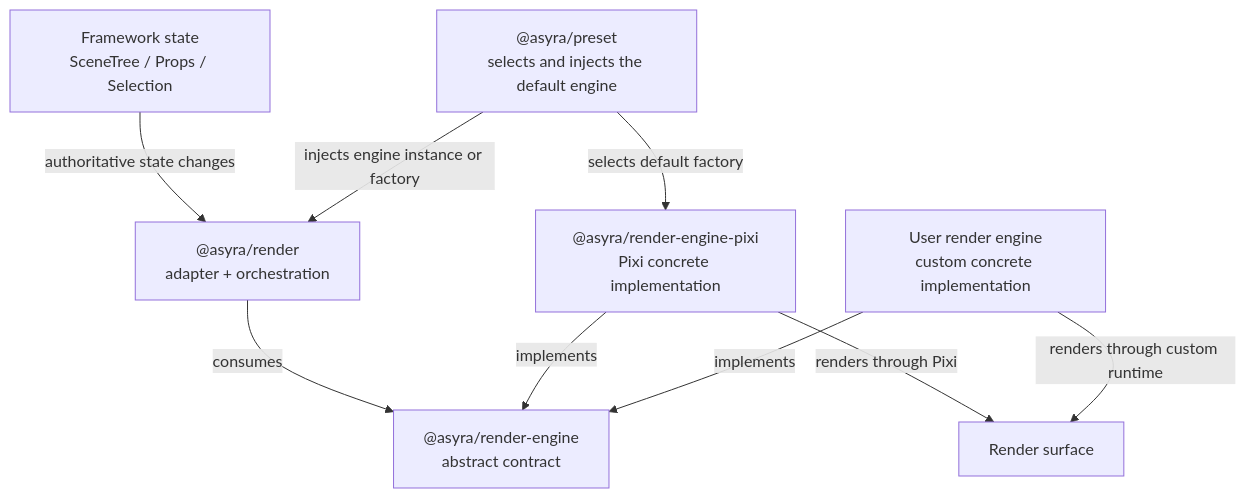
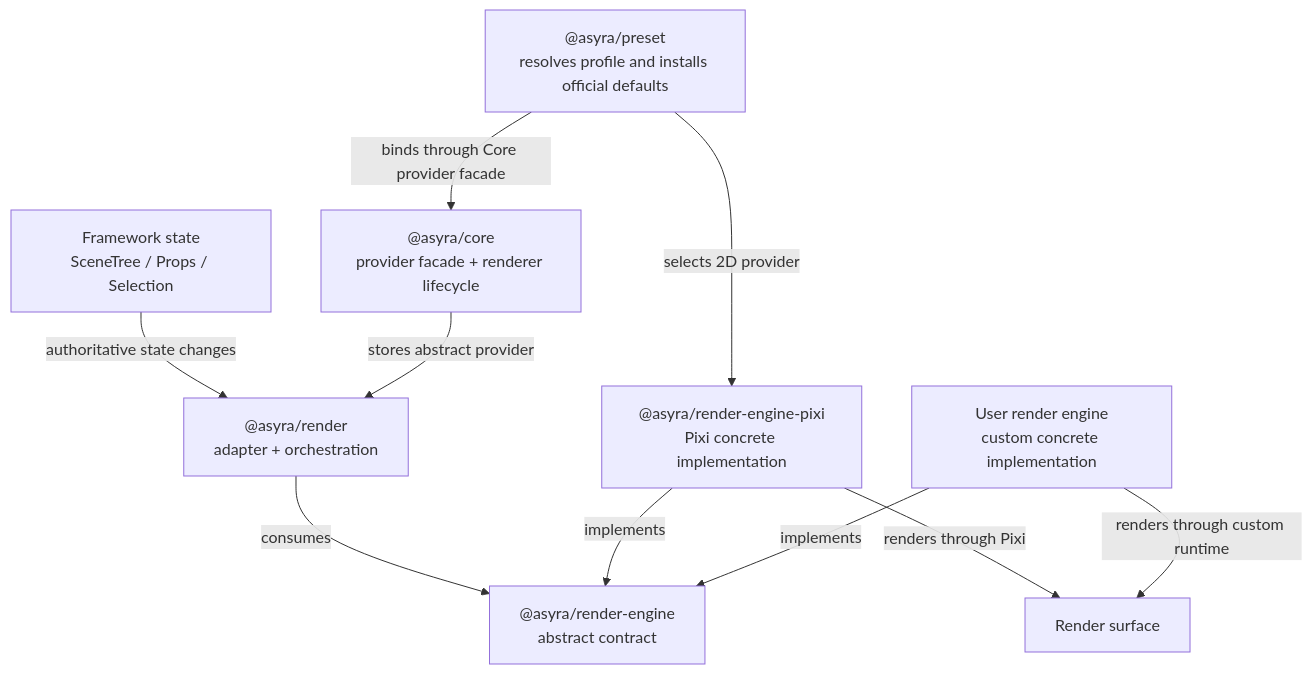
One commit to karote00/asra changed the diagram in docs/ai/framework/ARCHITECTURE.md. Above: the diagram before and after it, drawn with Mermaid. The commit also changed other lines of this file and 99 other files, not shown here.

First line of the commit message:
refactor(preset): add profiles and selectable defaults (#82)

````diff
--- a/docs/ai/framework/ARCHITECTURE.md
+++ b/docs/ai/framework/ARCHITECTURE.md
@@ -43,19 +43,21 @@
 ```mermaid
 flowchart TD
   state["Framework state<br/>SceneTree / Props / Selection"]
-  preset["@asyra/preset<br/>selects and injects the default engine"]
+  preset["@asyra/preset<br/>resolves profile and installs official defaults"]
+  core["@asyra/core<br/>provider facade + renderer lifecycle"]
   render["@asyra/render<br/>adapter + orchestration"]
   contract["@asyra/render-engine<br/>abstract contract"]
   pixi["@asyra/render-engine-pixi<br/>Pixi concrete implementation"]
   custom["User render engine<br/>custom concrete implementation"]
   surface["Render surface"]
 
   state -->|authoritative state changes| render
-  preset -->|selects default factory| pixi
-  preset -->|injects engine instance or factory| render
+  preset -->|selects 2D provider| pixi
+  preset -->|binds through Core provider facade| core
+  core -->|stores abstract provider| render
   render -->|consumes| contract
   pixi -->|implements| contract
   custom -->|implements| contract
   pixi -->|renders through Pixi| surface
   custom -->|renders through custom runtime| surface
 ```
````
